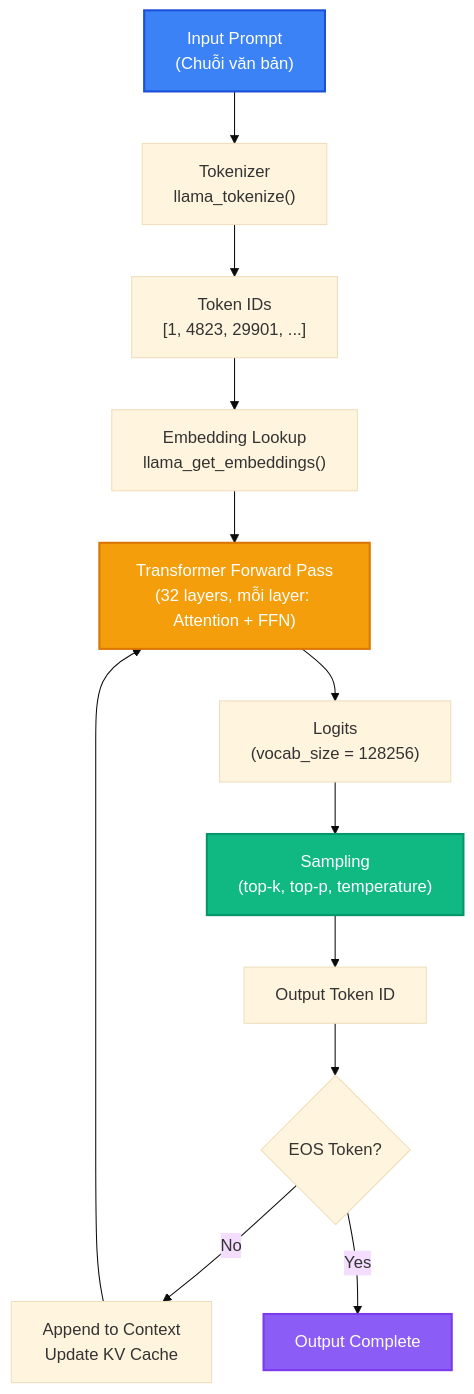
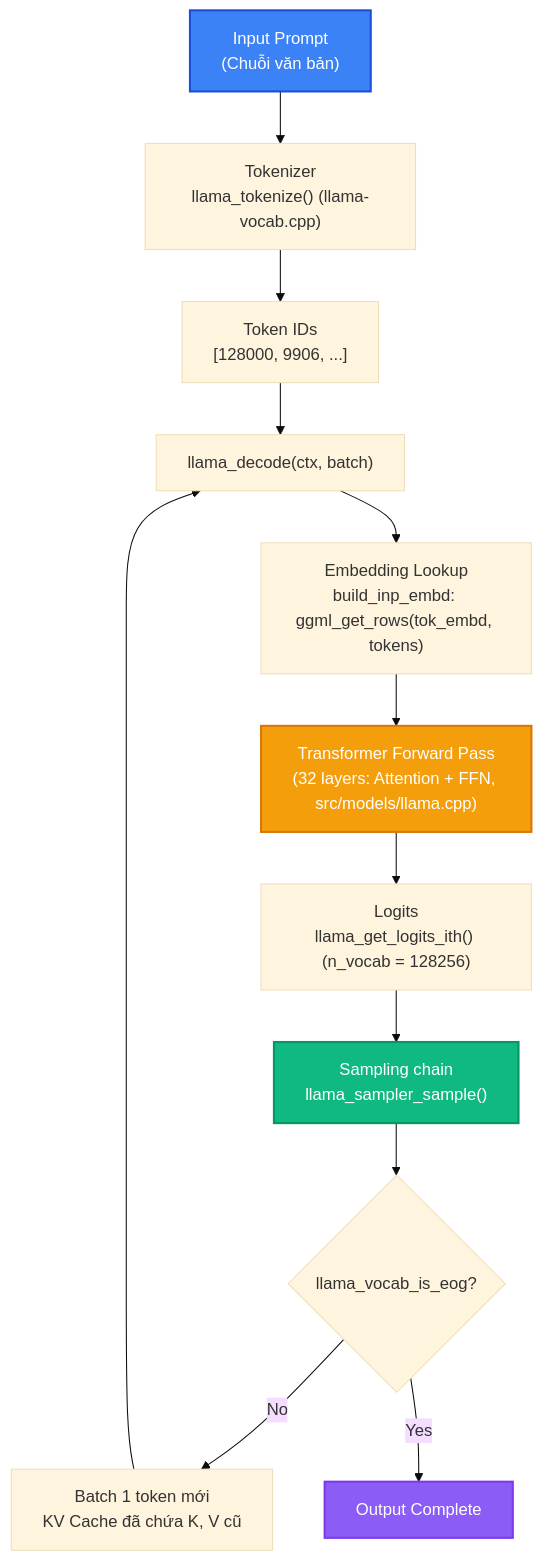
The diagram in docs/lesson_4_inference_engine.md (tuandung222/llama-cpp-architecture-lectures), drawn with Mermaid (base theme) before and after one commit. The commit also changed other lines of this file and 10 other files, not shown here.

First line of the commit message:
Audit lessons 0-4 and theory 1-5 against llama.cpp 06230cb

````diff
--- a/docs/lesson_4_inference_engine.md
+++ b/docs/lesson_4_inference_engine.md
@@ -14,19 +14,19 @@
 ```mermaid
 graph TD
-    A["Input Prompt\n(Chuỗi văn bản)"] --> B["Tokenizer\nllama_tokenize()"]
-    B --> C["Token IDs\n[1, 4823, 29901, ...]"]
-    C --> D["Embedding Lookup\nllama_get_embeddings()"]
-    D --> E["Transformer Forward Pass\n(32 layers, mỗi layer: Attention + FFN)"]
-    E --> F["Logits\n(vocab_size = 128256)"]
-    F --> G["Sampling\n(top-k, top-p, temperature)"]
-    G --> H["Output Token ID"]
-    H --> I{"EOS Token?"}
-    I -->|No| J["Append to Context\nUpdate KV Cache"]
-    J --> E
+    A["Input Prompt\n(Chuỗi văn bản)"] --> B["Tokenizer\nllama_tokenize() (llama-vocab.cpp)"]
+    B --> C["Token IDs\n[128000, 9906, ...]"]
+    C --> D["llama_decode(ctx, batch)"]
+    D --> E["Embedding Lookup\nbuild_inp_embd: ggml_get_rows(tok_embd, tokens)"]
+    E --> F["Transformer Forward Pass\n(32 layers: Attention + FFN, src/models/llama.cpp)"]
+    F --> G["Logits\nllama_get_logits_ith() (n_vocab = 128256)"]
+    G --> H["Sampling chain\nllama_sampler_sample()"]
+    H --> I{"llama_vocab_is_eog?"}
+    I -->|No| J["Batch 1 token mới\nKV Cache đã chứa K, V cũ"]
+    J --> D
     I -->|Yes| K["Output Complete"]
 
     style A fill:#3b82f6,stroke:#1d4ed8,stroke-width:2px,color:#fff
-    style E fill:#f59e0b,stroke:#d97706,stroke-width:2px,color:#fff
-    style G fill:#10b981,stroke:#059669,stroke-width:2px,color:#fff
+    style F fill:#f59e0b,stroke:#d97706,stroke-width:2px,color:#fff
+    style H fill:#10b981,stroke:#059669,stroke-width:2px,color:#fff
     style K fill:#8b5cf6,stroke:#7c3aed,stroke-width:2px,color:#fff
 ```
````
